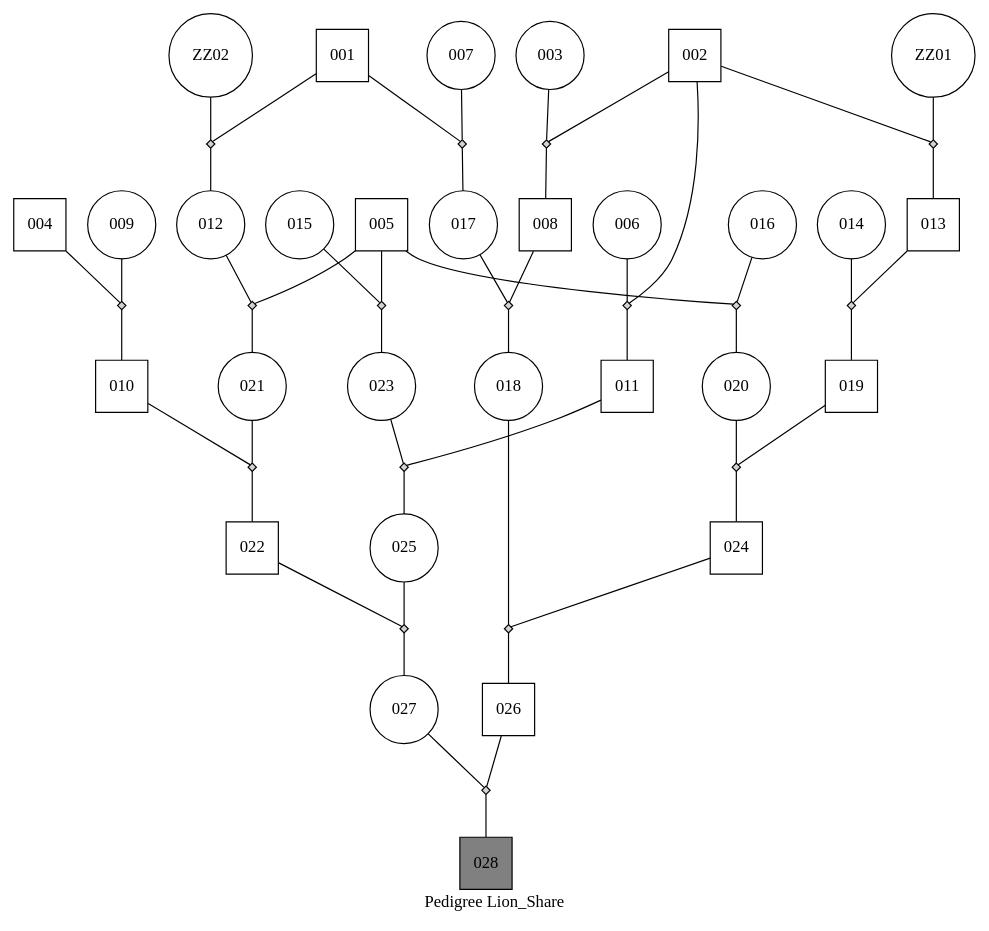
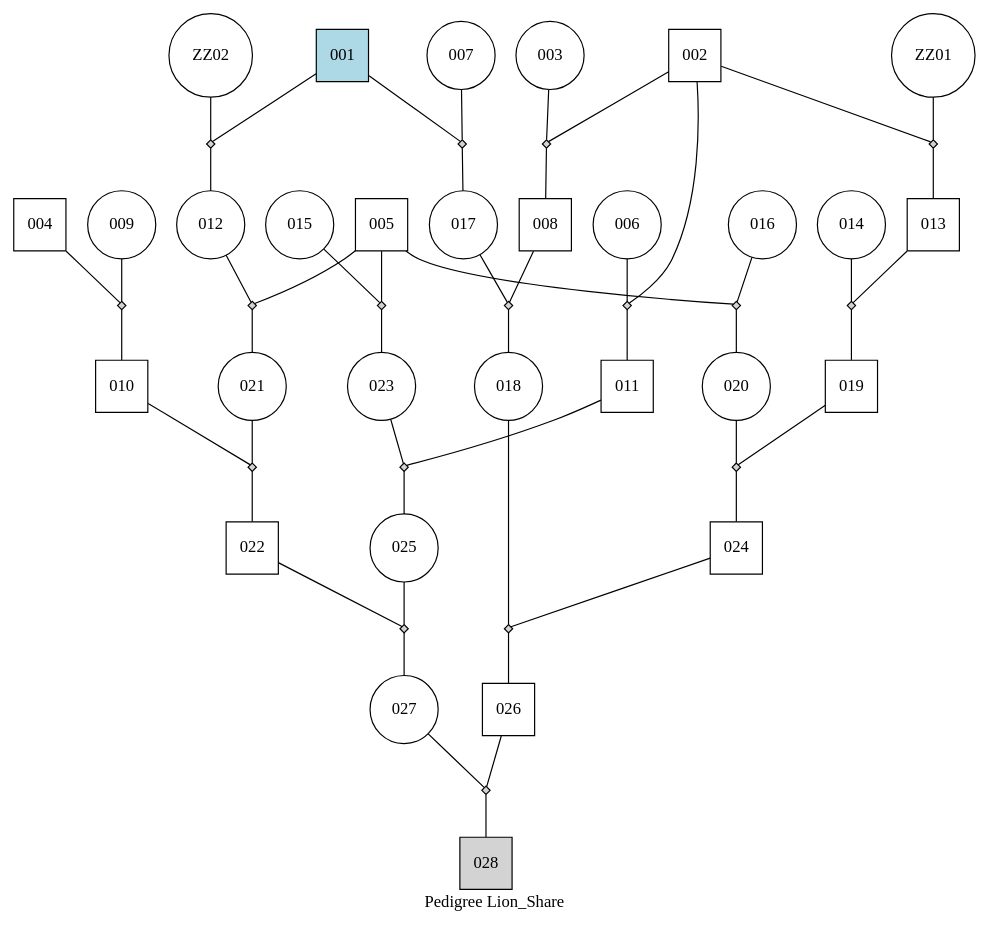
One commit to Wenyi-hub/Codesaving changed the diagram in FlowDiagramFolder/FD.gv. Above: the diagram before and after it, drawn with Graphviz.

```diff
--- a/FlowDiagramFolder/FD.gv
+++ b/FlowDiagramFolder/FD.gv
@@ -1,109 +1,109 @@
 ##"A few people in the field of genetics are using dot to draw "marriage node diagram"  pedigree drawings.  Here is one I have done of a test pedigree from the FTREE pedigree drawing package (Lion Share was a racehorse)." Contributed by David Duffy.
 
 ##Command to get the layout: "dot -Tpng thisfile > thisfile.png"
 
 digraph Ped_Lion_Share           {
 # page = "8.2677165,11.692913" ;
 ratio = "auto" ;
 mincross = 2.0 ;
 label = "Pedigree Lion_Share" ;
 
-"001" [shape=box     , regular=1,style=filled,fillcolor=white   ] ;
+"001" [shape=box     , regular=1,style=filled,fillcolor=lightblue   ] ;
 "002" [shape=box     , regular=1,style=filled,fillcolor=white   ] ;
 "003" [shape=circle  , regular=1,style=filled,fillcolor=white   ] ;
 "004" [shape=box     , regular=1,style=filled,fillcolor=white   ] ;
 "005" [shape=box     , regular=1,style=filled,fillcolor=white   ] ;
 "006" [shape=circle  , regular=1,style=filled,fillcolor=white   ] ;
 "007" [shape=circle  , regular=1,style=filled,fillcolor=white   ] ;
 "009" [shape=circle  , regular=1,style=filled,fillcolor=white   ] ;
 "014" [shape=circle  , regular=1,style=filled,fillcolor=white   ] ;
 "015" [shape=circle  , regular=1,style=filled,fillcolor=white   ] ;
 "016" [shape=circle  , regular=1,style=filled,fillcolor=white   ] ;
 "ZZ01" [shape=circle  , regular=1,style=filled,fillcolor=white   ] ;
 "ZZ02" [shape=circle  , regular=1,style=filled,fillcolor=white   ] ;
 "017" [shape=circle  , regular=1,style=filled,fillcolor=white   ] ;
 "012" [shape=circle  , regular=1,style=filled,fillcolor=white   ] ;
 "008" [shape=box     , regular=1,style=filled,fillcolor=white   ] ;
 "011" [shape=box     , regular=1,style=filled,fillcolor=white   ] ;
 "013" [shape=box     , regular=1,style=filled,fillcolor=white   ] ;
 "010" [shape=box     , regular=1,style=filled,fillcolor=white   ] ;
 "023" [shape=circle  , regular=1,style=filled,fillcolor=white   ] ;
 "020" [shape=circle  , regular=1,style=filled,fillcolor=white   ] ;
 "021" [shape=circle  , regular=1,style=filled,fillcolor=white   ] ;
 "018" [shape=circle  , regular=1,style=filled,fillcolor=white   ] ;
 "025" [shape=circle  , regular=1,style=filled,fillcolor=white   ] ;
 "019" [shape=box     , regular=1,style=filled,fillcolor=white   ] ;
 "022" [shape=box     , regular=1,style=filled,fillcolor=white   ] ;
 "024" [shape=box     , regular=1,style=filled,fillcolor=white   ] ;
 "027" [shape=circle  , regular=1,style=filled,fillcolor=white   ] ;
 "026" [shape=box     , regular=1,style=filled,fillcolor=white   ] ;
-"028" [shape=box     , regular=1,style=filled,fillcolor=grey    ] ;
+"028" [shape=box     , regular=1,style=filled,fillcolor=lightgrey    ] ;
 "marr0001" [shape=diamond,style=filled,label="",height=.1,width=.1] ;
 "001" -> "marr0001" [dir=none,weight=1] ;
 "007" -> "marr0001" [dir=none,weight=1] ;
 "marr0001" -> "017" [dir=none, weight=2] ;
 "marr0002" [shape=diamond,style=filled,label="",height=.1,width=.1] ;
 "001" -> "marr0002" [dir=none,weight=1] ;
 "ZZ02" -> "marr0002" [dir=none,weight=1] ;
 "marr0002" -> "012" [dir=none, weight=2] ;
 "marr0003" [shape=diamond,style=filled,label="",height=.1,width=.1] ;
 "002" -> "marr0003" [dir=none,weight=1] ;
 "003" -> "marr0003" [dir=none,weight=1] ;
 "marr0003" -> "008" [dir=none, weight=2] ;
 "marr0004" [shape=diamond,style=filled,label="",height=.1,width=.1] ;
 "002" -> "marr0004" [dir=none,weight=1] ;
 "006" -> "marr0004" [dir=none,weight=1] ;
 "marr0004" -> "011" [dir=none, weight=2] ;
 "marr0005" [shape=diamond,style=filled,label="",height=.1,width=.1] ;
 "002" -> "marr0005" [dir=none,weight=1] ;
 "ZZ01" -> "marr0005" [dir=none,weight=1] ;
 "marr0005" -> "013" [dir=none, weight=2] ;
 "marr0006" [shape=diamond,style=filled,label="",height=.1,width=.1] ;
 "004" -> "marr0006" [dir=none,weight=1] ;
 "009" -> "marr0006" [dir=none,weight=1] ;
 "marr0006" -> "010" [dir=none, weight=2] ;
 "marr0007" [shape=diamond,style=filled,label="",height=.1,width=.1] ;
 "005" -> "marr0007" [dir=none,weight=1] ;
 "015" -> "marr0007" [dir=none,weight=1] ;
 "marr0007" -> "023" [dir=none, weight=2] ;
 "marr0008" [shape=diamond,style=filled,label="",height=.1,width=.1] ;
 "005" -> "marr0008" [dir=none,weight=1] ;
 "016" -> "marr0008" [dir=none,weight=1] ;
 "marr0008" -> "020" [dir=none, weight=2] ;
 "marr0009" [shape=diamond,style=filled,label="",height=.1,width=.1] ;
 "005" -> "marr0009" [dir=none,weight=1] ;
 "012" -> "marr0009" [dir=none,weight=1] ;
 "marr0009" -> "021" [dir=none, weight=2] ;
 "marr0010" [shape=diamond,style=filled,label="",height=.1,width=.1] ;
 "008" -> "marr0010" [dir=none,weight=1] ;
 "017" -> "marr0010" [dir=none,weight=1] ;
 "marr0010" -> "018" [dir=none, weight=2] ;
 "marr0011" [shape=diamond,style=filled,label="",height=.1,width=.1] ;
 "011" -> "marr0011" [dir=none,weight=1] ;
 "023" -> "marr0011" [dir=none,weight=1] ;
 "marr0011" -> "025" [dir=none, weight=2] ;
 "marr0012" [shape=diamond,style=filled,label="",height=.1,width=.1] ;
 "013" -> "marr0012" [dir=none,weight=1] ;
 "014" -> "marr0012" [dir=none,weight=1] ;
 "marr0012" -> "019" [dir=none, weight=2] ;
 "marr0013" [shape=diamond,style=filled,label="",height=.1,width=.1] ;
 "010" -> "marr0013" [dir=none,weight=1] ;
 "021" -> "marr0013" [dir=none,weight=1] ;
 "marr0013" -> "022" [dir=none, weight=2] ;
 "marr0014" [shape=diamond,style=filled,label="",height=.1,width=.1] ;
 "019" -> "marr0014" [dir=none,weight=1] ;
 "020" -> "marr0014" [dir=none,weight=1] ;
 "marr0014" -> "024" [dir=none, weight=2] ;
 "marr0015" [shape=diamond,style=filled,label="",height=.1,width=.1] ;
 "022" -> "marr0015" [dir=none,weight=1] ;
 "025" -> "marr0015" [dir=none,weight=1] ;
 "marr0015" -> "027" [dir=none, weight=2] ;
 "marr0016" [shape=diamond,style=filled,label="",height=.1,width=.1] ;
 "024" -> "marr0016" [dir=none,weight=1] ;
 "018" -> "marr0016" [dir=none,weight=1] ;
 "marr0016" -> "026" [dir=none, weight=2] ;
 "marr0017" [shape=diamond,style=filled,label="",height=.1,width=.1] ;
 "026" -> "marr0017" [dir=none,weight=1] ;
 "027" -> "marr0017" [dir=none,weight=1] ;
 "marr0017" -> "028" [dir=none, weight=2] ;
 }
```
